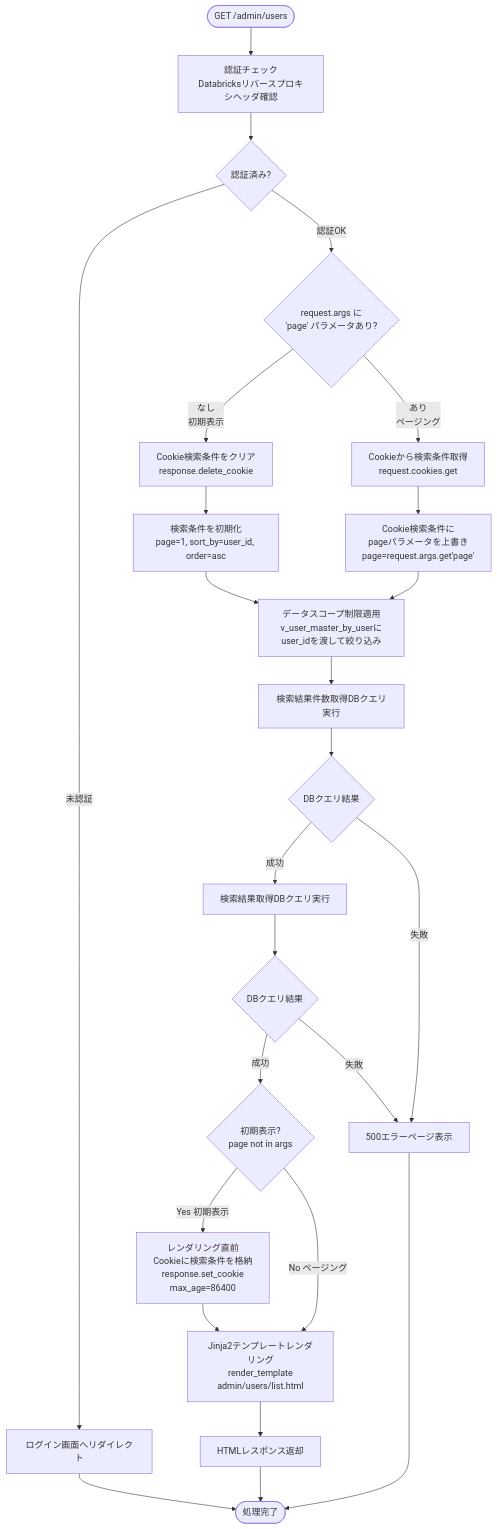
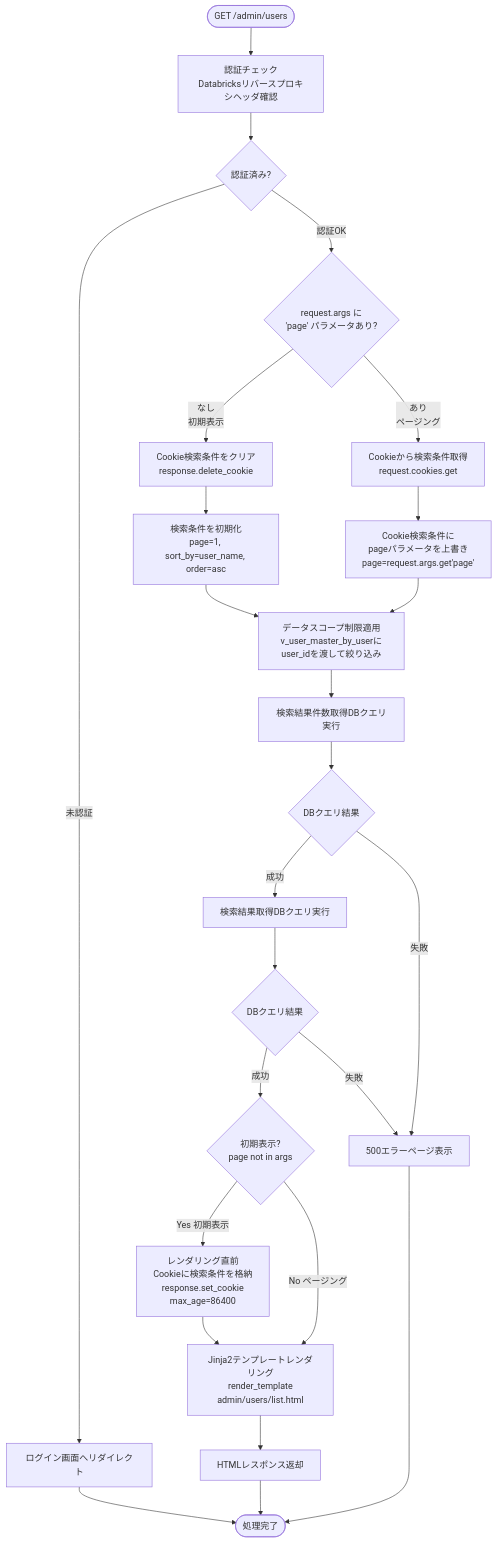
Before and after one commit to NSW-SVCP-AIWG002/Databricks-IoT: the first of 8 diagrams in docs/03-features/flask-app/users/workflow-specification.md, drawn with Mermaid. The commit also changed other lines of this file and 1 other file, not shown here.

````diff
--- a/docs/03-features/flask-app/users/workflow-specification.md
+++ b/docs/03-features/flask-app/users/workflow-specification.md
@@ -161,38 +161,38 @@
 ```mermaid
 flowchart TD
     Start([GET /admin/users]) --> Auth[認証チェック<br>Databricksリバースプロキシヘッダ確認]
     Auth --> CheckAuth{認証済み?}
     CheckAuth -->|未認証| LoginRedirect[ログイン画面へリダイレクト]
 
     CheckAuth -->|認証OK| CheckPage{request.args に<br>'page' パラメータあり?}
 
     CheckPage -->|なし<br>初期表示| ClearCookie[Cookie検索条件をクリア<br>response.delete_cookie]
     CheckPage -->|あり<br>ページング| GetCookie[Cookieから検索条件取得<br>request.cookies.get]
 
-    ClearCookie --> InitParams[検索条件を初期化<br>page=1, sort_by=user_id, order=asc]
+    ClearCookie --> InitParams[検索条件を初期化<br>page=1, sort_by=user_name, order=asc]
     GetCookie --> OverridePage[Cookie検索条件に<br>pageパラメータを上書き<br>page=request.args.get'page']
 
     InitParams --> Scope[データスコープ制限適用<br>v_user_master_by_userにuser_idを渡して絞り込み]
     OverridePage --> Scope
 
     Scope --> Count[検索結果件数取得DBクエリ実行]
     Count --> CheckDB0{DBクエリ結果}
 
     CheckDB0 -->|成功| Query[検索結果取得DBクエリ実行]
     CheckDB0 -->|失敗| Error500[500エラーページ表示]
 
     Query --> CheckDB{DBクエリ結果}
 
     CheckDB -->|成功| CheckInitial{初期表示?<br>page not in args}
     CheckDB -->|失敗| Error500
 
     CheckInitial -->|Yes 初期表示| SaveCookie[レンダリング直前<br>Cookieに検索条件を格納<br>response.set_cookie<br>max_age=86400]
     CheckInitial -->|No ページング| Template[Jinja2テンプレートレンダリング<br>render_template<br>admin/users/list.html]
 
     SaveCookie --> Template
     Template --> Response[HTMLレスポンス返却]
 
     LoginRedirect --> End([処理完了])
     Response --> End
     Error500 --> End
 ```
````
